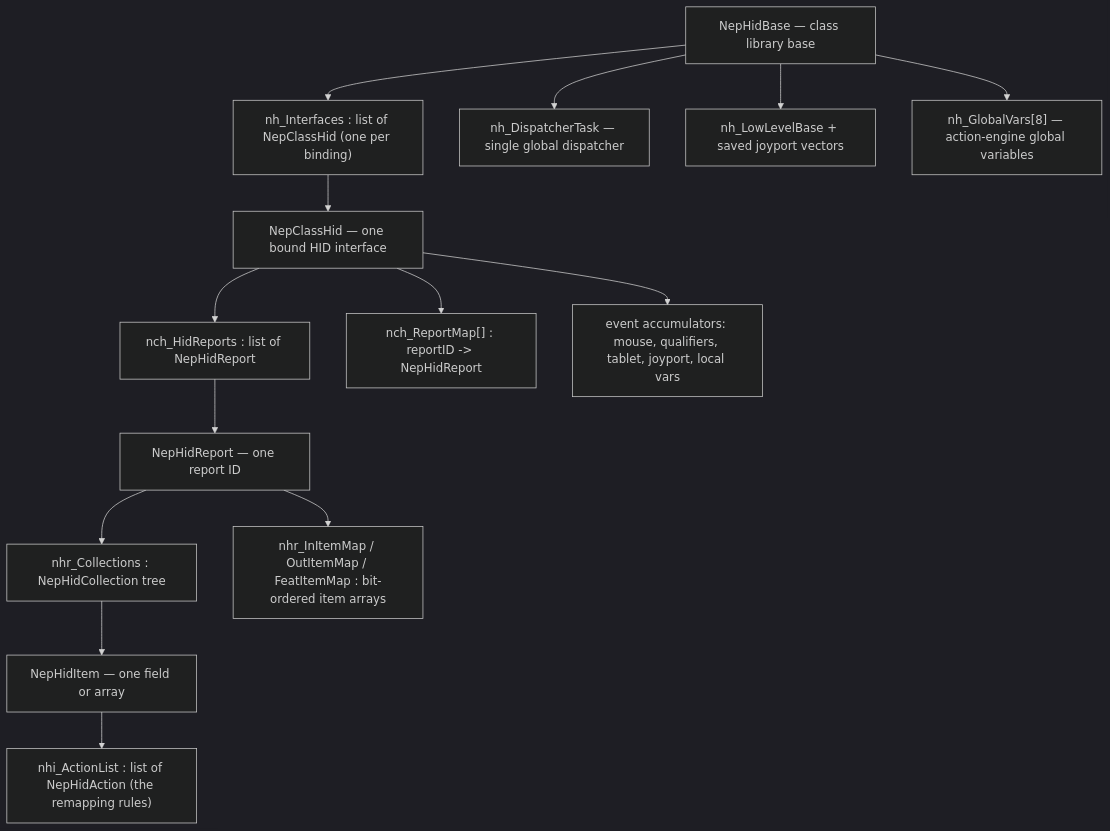
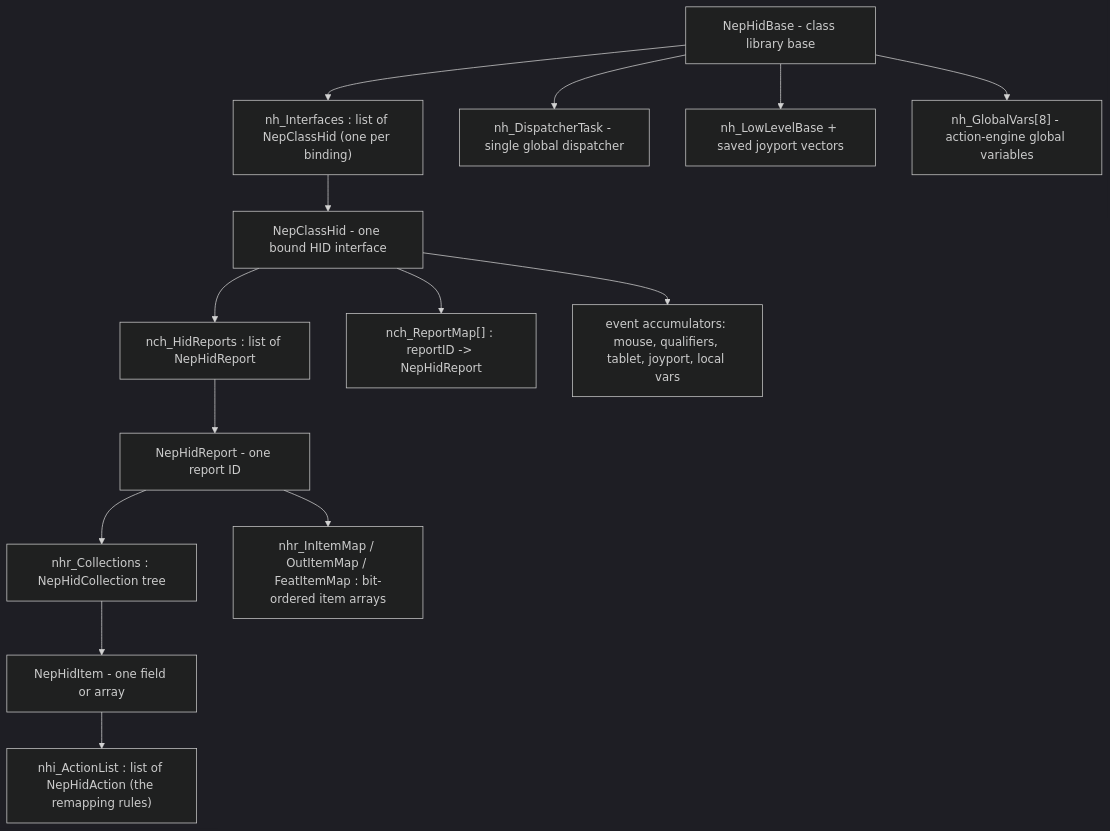
One commit to rondoval/poseidon-backport changed the second of 8 diagrams in docs/hid.class-architecture.md. Above: the diagram before and after it, drawn with Mermaid (dark theme). The commit also changed other lines of this file and 108 other files, not shown here.

````diff
--- a/docs/hid.class-architecture.md
+++ b/docs/hid.class-architecture.md
@@ -93,18 +93,18 @@
 ```mermaid
 flowchart TD
-    BASE["NepHidBase — class library base"]
+    BASE["NepHidBase - class library base"]
     BASE --> IFS["nh_Interfaces : list of NepClassHid (one per binding)"]
-    BASE --> DISP["nh_DispatcherTask — single global dispatcher"]
+    BASE --> DISP["nh_DispatcherTask - single global dispatcher"]
     BASE --> LLP["nh_LowLevelBase + saved joyport vectors"]
-    BASE --> GVARS["nh_GlobalVars[8] — action-engine global variables"]
+    BASE --> GVARS["nh_GlobalVars[8] - action-engine global variables"]
 
-    IFS --> NCH["NepClassHid — one bound HID interface"]
+    IFS --> NCH["NepClassHid - one bound HID interface"]
     NCH --> RPTS["nch_HidReports : list of NepHidReport"]
     NCH --> MAP["nch_ReportMap[] : reportID -> NepHidReport"]
     NCH --> ACC["event accumulators: mouse, qualifiers, tablet, joyport, local vars"]
-    RPTS --> RPT["NepHidReport — one report ID"]
+    RPTS --> RPT["NepHidReport - one report ID"]
     RPT --> COLL["nhr_Collections : NepHidCollection tree"]
     RPT --> ITMAP["nhr_InItemMap / OutItemMap / FeatItemMap : bit-ordered item arrays"]
-    COLL --> ITEM["NepHidItem — one field or array"]
+    COLL --> ITEM["NepHidItem - one field or array"]
     ITEM --> ALIST["nhi_ActionList : list of NepHidAction (the remapping rules)"]
 ```
````
